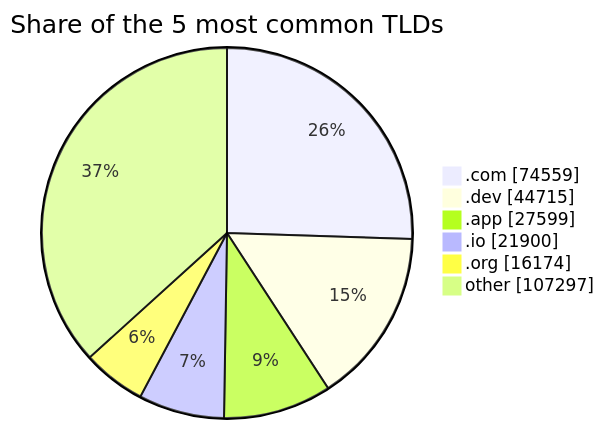
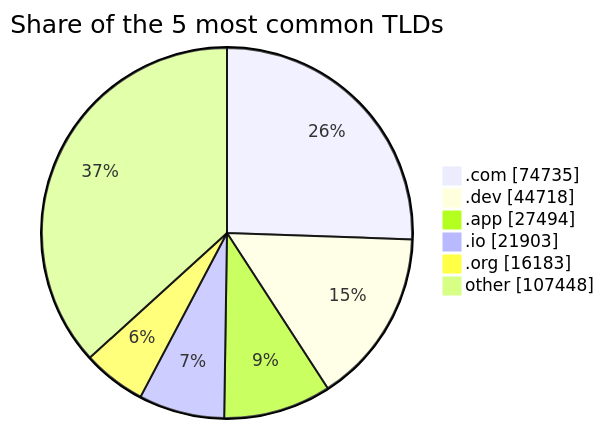
The third of 3 diagrams in README.md (DNSBunker/CTI), drawn with Mermaid before and after one commit. The commit also changed other lines of this file and 3 other files, not shown here.

````diff
--- a/README.md
+++ b/README.md
@@ -81,9 +81,9 @@
 ```mermaid
 pie showData title Share of the 5 most common TLDs
-    ".com" : 74559
-    ".dev" : 44715
-    ".app" : 27599
-    ".io" : 21900
-    ".org" : 16174
-    "other" : 107297
+    ".com" : 74735
+    ".dev" : 44718
+    ".app" : 27494
+    ".io" : 21903
+    ".org" : 16183
+    "other" : 107448
 ```
````
